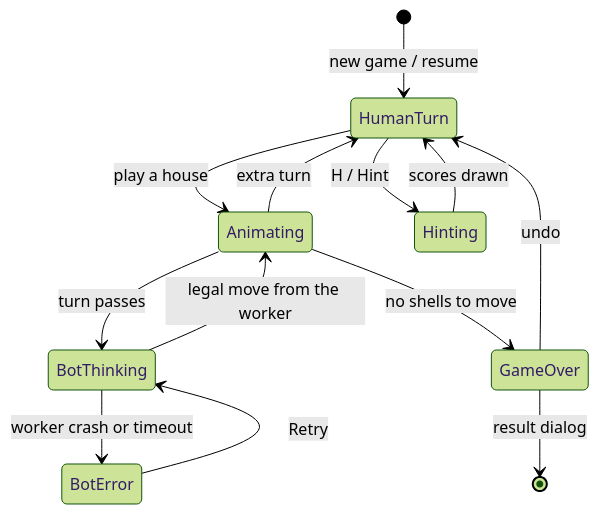
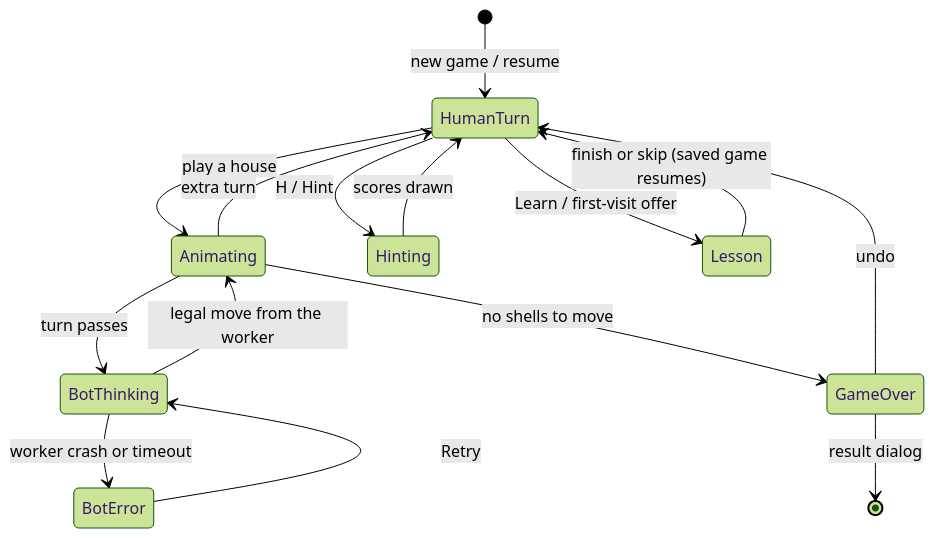
One commit to robertgeraldsenasin/hasik changed the fifth of 8 diagrams in docs/ARCHITECTURE.md. Above: the diagram before and after it, drawn with Mermaid (forest theme). The commit also changed other lines of this file and 31 other files, not shown here.

````diff
--- a/docs/ARCHITECTURE.md
+++ b/docs/ARCHITECTURE.md
@@ -115,15 +120,17 @@
 ```mermaid
 stateDiagram-v2
   [*] --> HumanTurn: new game / resume
   HumanTurn --> Animating: play a house
   HumanTurn --> Hinting: H / Hint
   Hinting --> HumanTurn: scores drawn
   Animating --> HumanTurn: extra turn
   Animating --> BotThinking: turn passes
   Animating --> GameOver: no shells to move
   BotThinking --> Animating: legal move from the worker
   BotThinking --> BotError: worker crash or timeout
   BotError --> BotThinking: Retry
   GameOver --> HumanTurn: undo
   GameOver --> [*]: result dialog
+  HumanTurn --> Lesson: Learn / first-visit offer
+  Lesson --> HumanTurn: finish or skip (saved game resumes)
 ```
````
